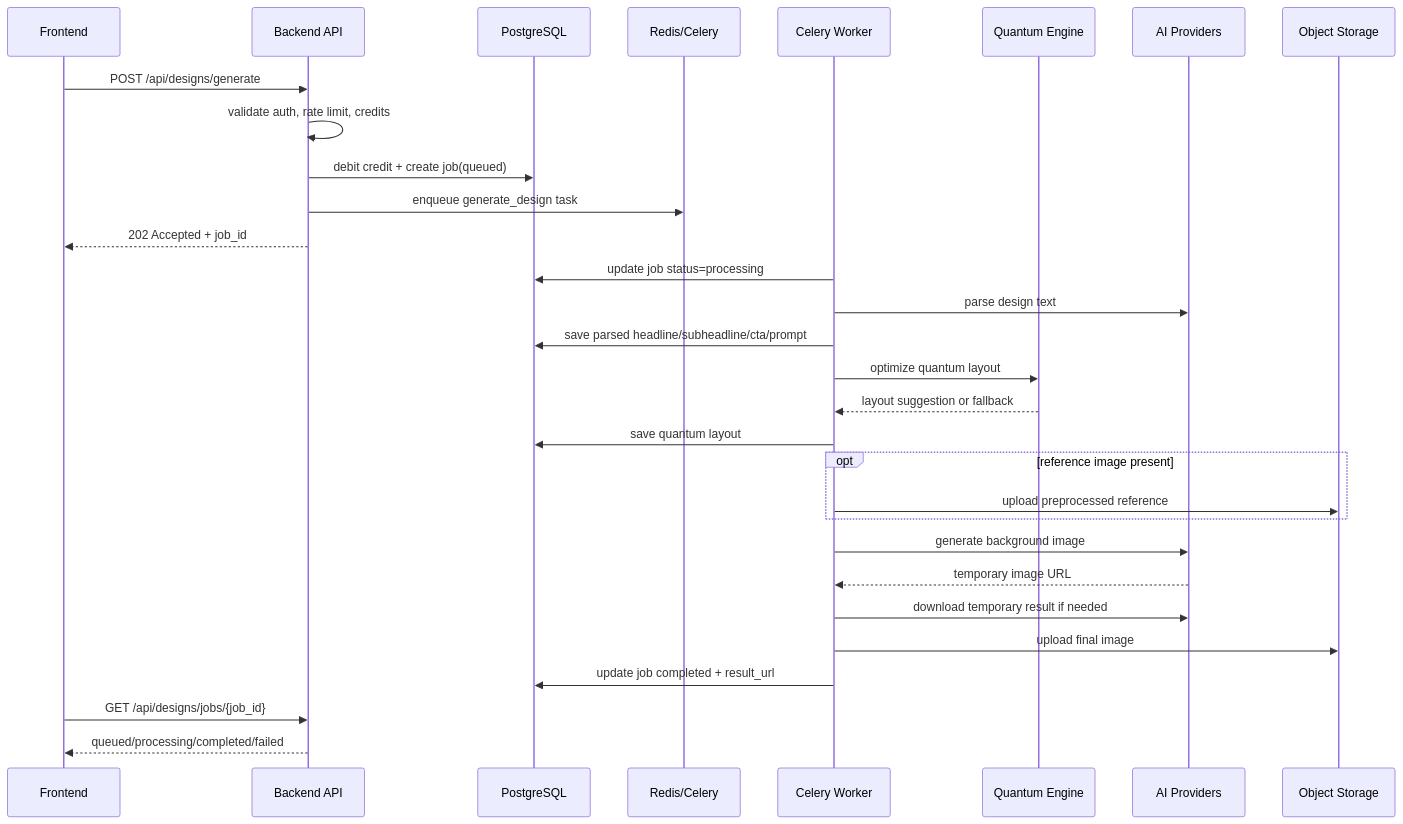
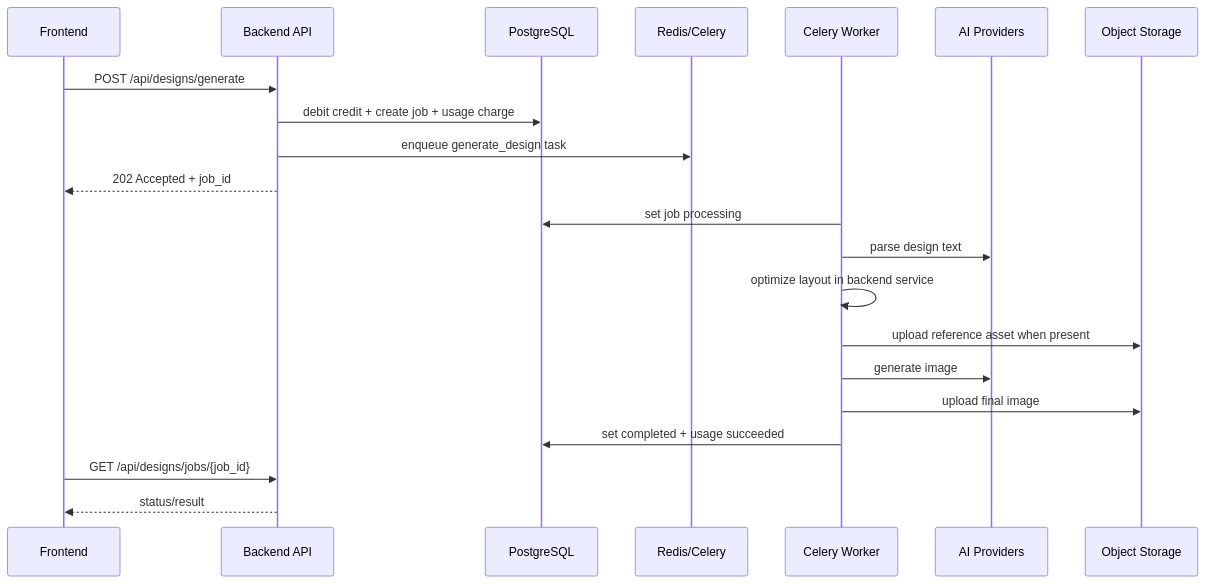
The second of 2 diagrams in docs/architecture/design-generation-sequence.md (xichuan99/design-studio), drawn with Mermaid before and after one commit. The commit also changed other lines of this file and 45 other files, not shown here.

````diff
--- a/docs/architecture/design-generation-sequence.md
+++ b/docs/architecture/design-generation-sequence.md
@@ -181,35 +46,26 @@
 ```mermaid
 sequenceDiagram
     participant UI as Frontend
     participant API as Backend API
     participant DB as PostgreSQL
     participant Q as Redis/Celery
     participant W as Celery Worker
-    participant QE as Quantum Engine
     participant AI as AI Providers
     participant ST as Object Storage
 
     UI->>API: POST /api/designs/generate
-    API->>API: validate auth, rate limit, credits
-    API->>DB: debit credit + create job(queued)
+    API->>DB: debit credit + create job + usage charge
     API->>Q: enqueue generate_design task
     API-->>UI: 202 Accepted + job_id
 
-    W->>DB: update job status=processing
+    W->>DB: set job processing
     W->>AI: parse design text
-    W->>DB: save parsed headline/subheadline/cta/prompt
-    W->>QE: optimize quantum layout
-    QE-->>W: layout suggestion or fallback
-    W->>DB: save quantum layout
-    opt reference image present
-        W->>ST: upload preprocessed reference
-    end
-    W->>AI: generate background image
-    AI-->>W: temporary image URL
-    W->>AI: download temporary result if needed
+    W->>W: optimize layout in backend service
+    W->>ST: upload reference asset when present
+    W->>AI: generate image
     W->>ST: upload final image
-    W->>DB: update job completed + result_url
+    W->>DB: set completed + usage succeeded
 
     UI->>API: GET /api/designs/jobs/{job_id}
-    API-->>UI: queued/processing/completed/failed
+    API-->>UI: status/result
 ```
````
